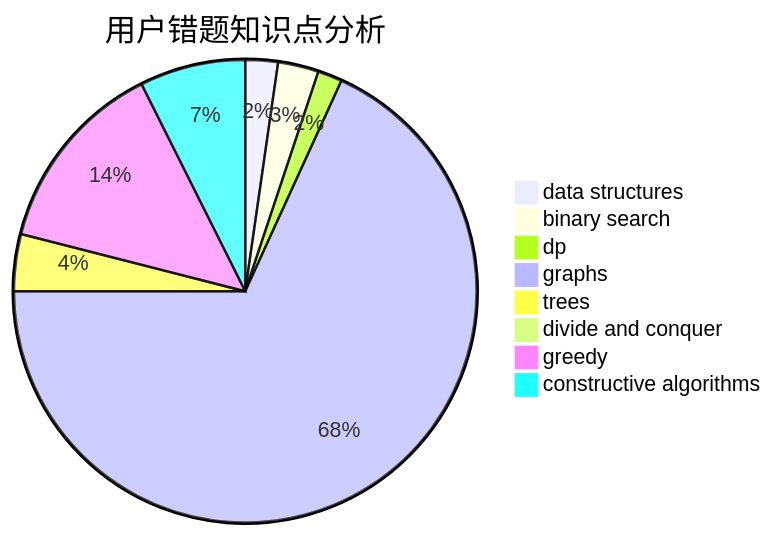
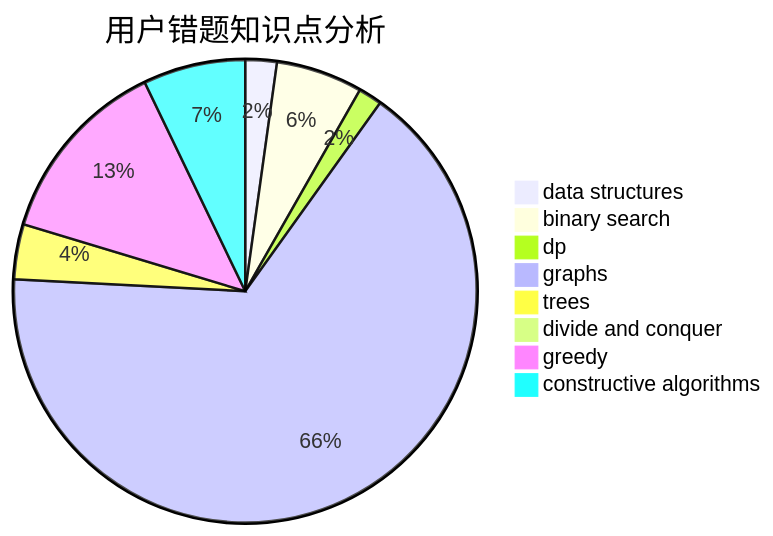
One commit to sherpahu/cfrs.github.io changed the third of 3 diagrams in docs/user/u33.md. Above: the diagram before and after it, drawn with Mermaid. The commit also changed other lines of this file and 2770 other files, not shown here.

````diff
--- a/docs/user/u33.md
+++ b/docs/user/u33.md
@@ -36,11 +36,11 @@
 ```mermaid
 pie title 用户错题知识点分析
     "data structures" :  4
-    "binary search" :  5
+    "binary search" :  11
     "dp" :  3
     "graphs" :  120
     "trees" :  7
     "divide and conquer" :  0
     "greedy" :  24
     "constructive algorithms" :  13
 ```
````
